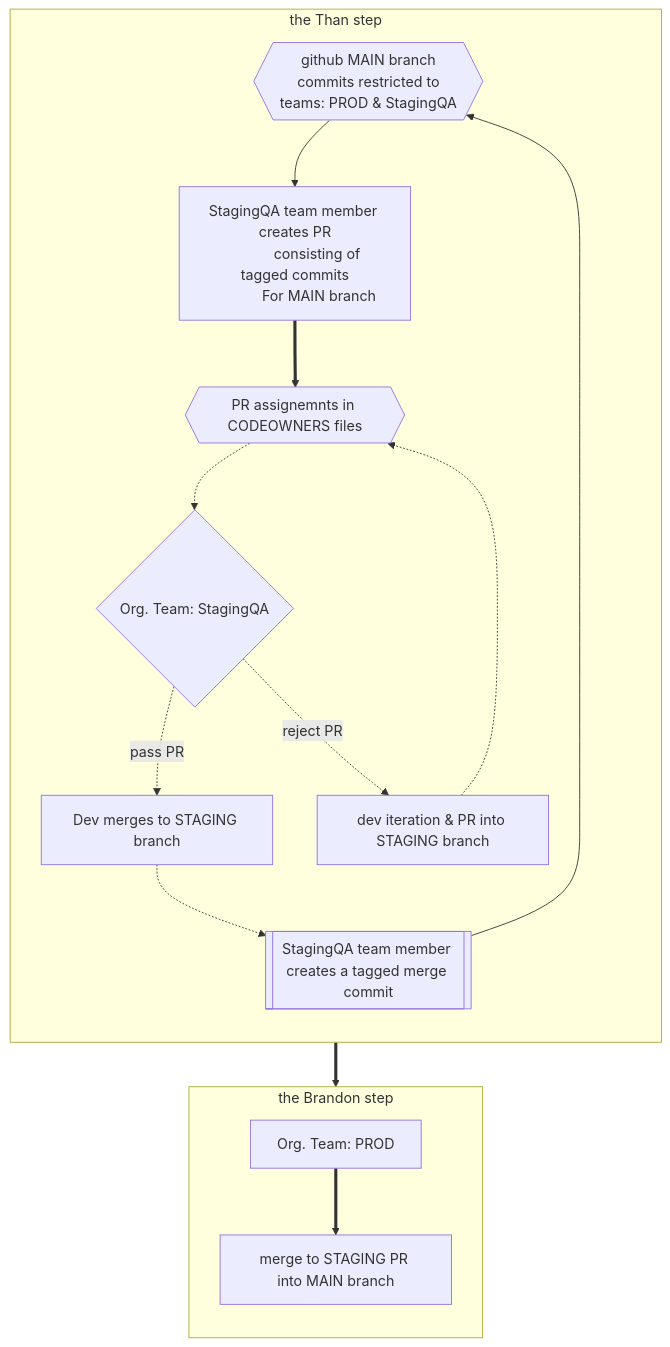
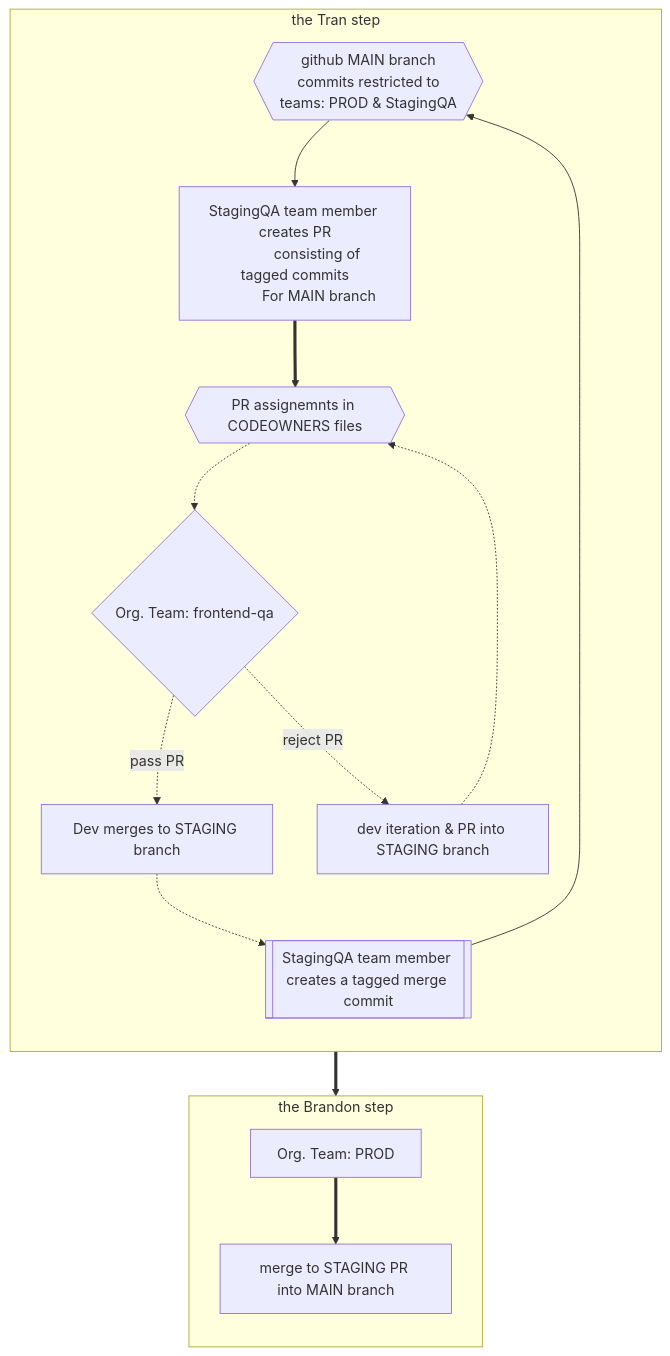
The diagram in README.md (test123432234/test-config), drawn with Mermaid before and after one commit.

Commit message:
Update README.md
fixing tran's name. @bacitracin sorry

````diff
--- a/README.md
+++ b/README.md
@@ -16,26 +16,26 @@
 ```mermaid
 flowchart TB
       branchGating{{"github MAIN branch
             commits restricted to
             teams: PROD & StagingQA"}}
       coFile{{"PR assignemnts in CODEOWNERS files"}}
       devItr["dev iteration & PR into STAGING branch"] -.->  coFile -.-> prQATeam
       devDone["Dev merges to STAGING branch"]
   
   subgraph PROD["the Brandon step"]
       direction TB
       prPRODTeam["Org. Team: PROD"] ==>  prodDone["merge to STAGING PR into MAIN branch"] 
   end
   
-  subgraph STAGING["the Than step"]
+  subgraph STAGING["the Tran step"]
       direction TB
-      prQATeam{"Org. Team: StagingQA"} -. "pass PR" .-> devDone
+      prQATeam{"Org. Team: frontend-qa"} -. "pass PR" .-> devDone
       prQATeam -. "reject PR" .-> devItr
       devDone -.-> prQATask[["StagingQA team member creates a tagged merge commit"]] --> branchGating
       branchGating --> prQADone ==> coFile ==> prPRODTeam
       prQADone["StagingQA team member creates PR
             consisting of tagged commits
             For MAIN branch"] 
   end
 
 ```
````
